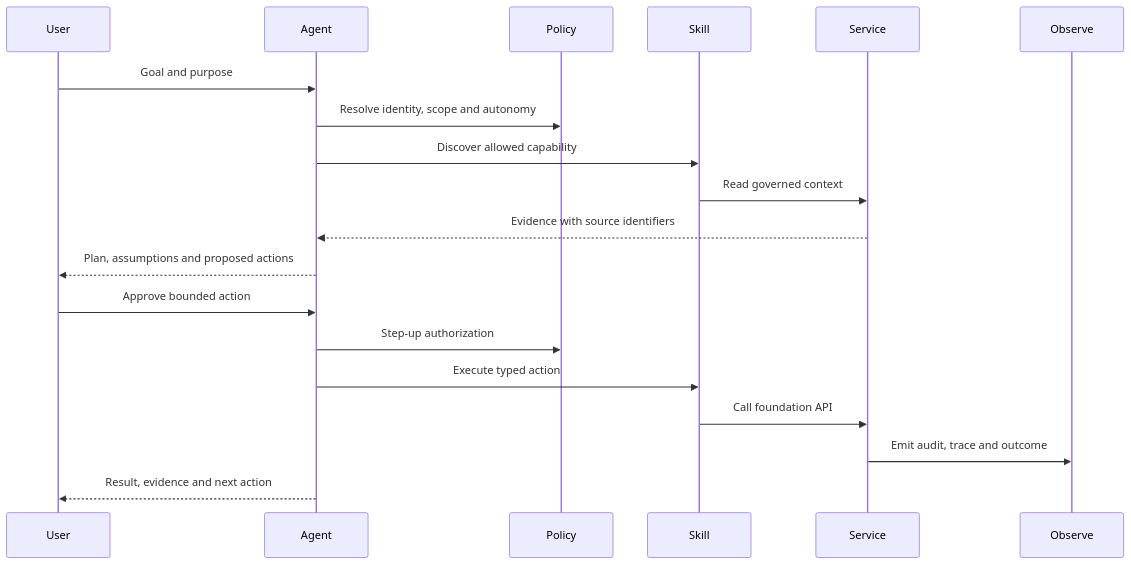
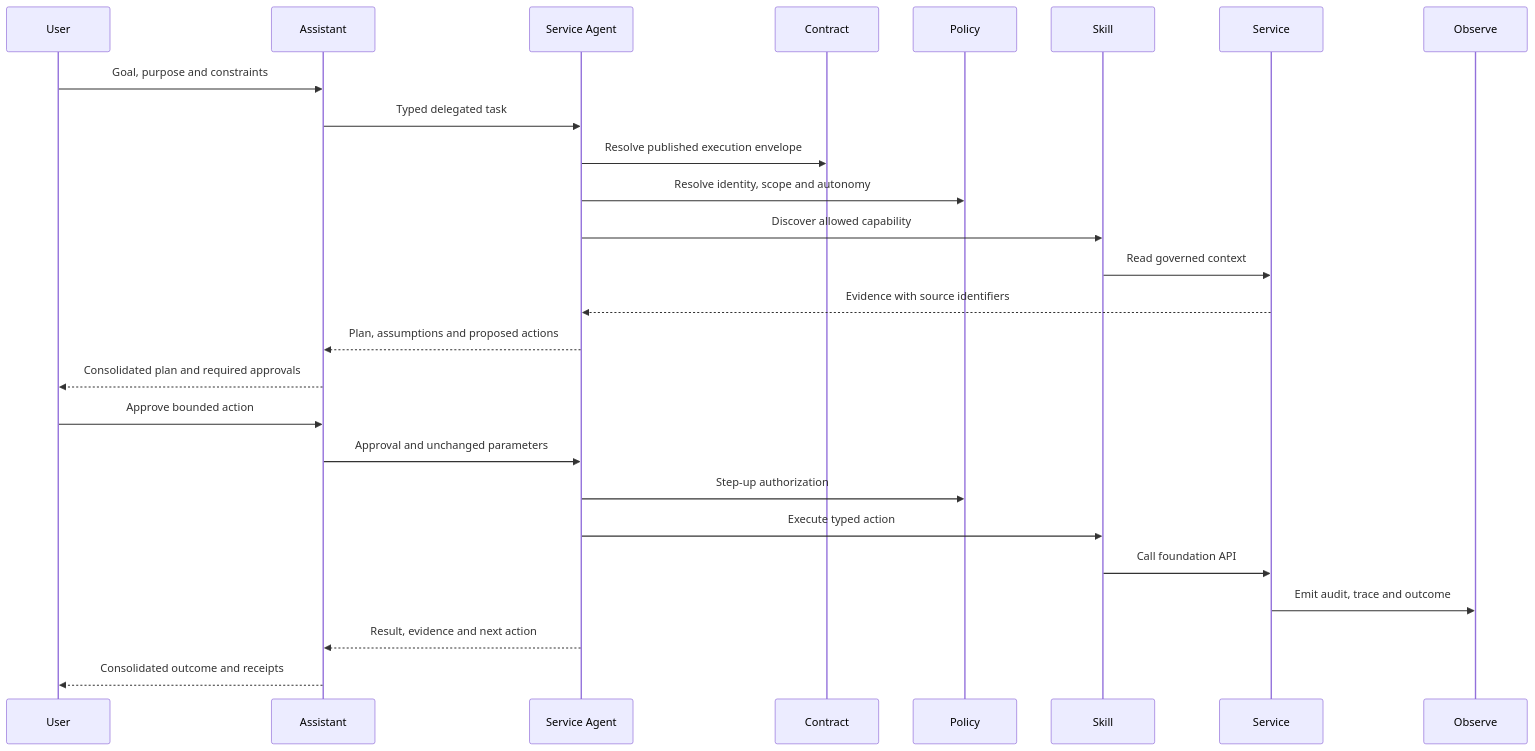
One commit to cong78/data-foundation-architecture changed the second of 2 diagrams in docs/architecture/agentic-data-foundation.md. Above: the diagram before and after it, drawn with Mermaid. The commit also changed other lines of this file and 88 other files, not shown here.

Commit message:
Refine architecture guidance and delivery structure

````diff
--- a/docs/architecture/agentic-data-foundation.md
+++ b/docs/architecture/agentic-data-foundation.md
@@ -85,22 +116,29 @@
 ```mermaid
 sequenceDiagram
     participant User
-    participant Agent
+    participant Assistant
+    participant Agent as Service Agent
+    participant Contract
     participant Policy
     participant Skill
     participant Service
     participant Observe
 
-    User->>Agent: Goal and purpose
+    User->>Assistant: Goal, purpose and constraints
+    Assistant->>Agent: Typed delegated task
+    Agent->>Contract: Resolve published execution envelope
     Agent->>Policy: Resolve identity, scope and autonomy
     Agent->>Skill: Discover allowed capability
     Skill->>Service: Read governed context
     Service-->>Agent: Evidence with source identifiers
-    Agent-->>User: Plan, assumptions and proposed actions
-    User->>Agent: Approve bounded action
+    Agent-->>Assistant: Plan, assumptions and proposed actions
+    Assistant-->>User: Consolidated plan and required approvals
+    User->>Assistant: Approve bounded action
+    Assistant->>Agent: Approval and unchanged parameters
     Agent->>Policy: Step-up authorization
     Agent->>Skill: Execute typed action
     Skill->>Service: Call foundation API
     Service->>Observe: Emit audit, trace and outcome
-    Agent-->>User: Result, evidence and next action
+    Agent-->>Assistant: Result, evidence and next action
+    Assistant-->>User: Consolidated outcome and receipts
 ```
````
